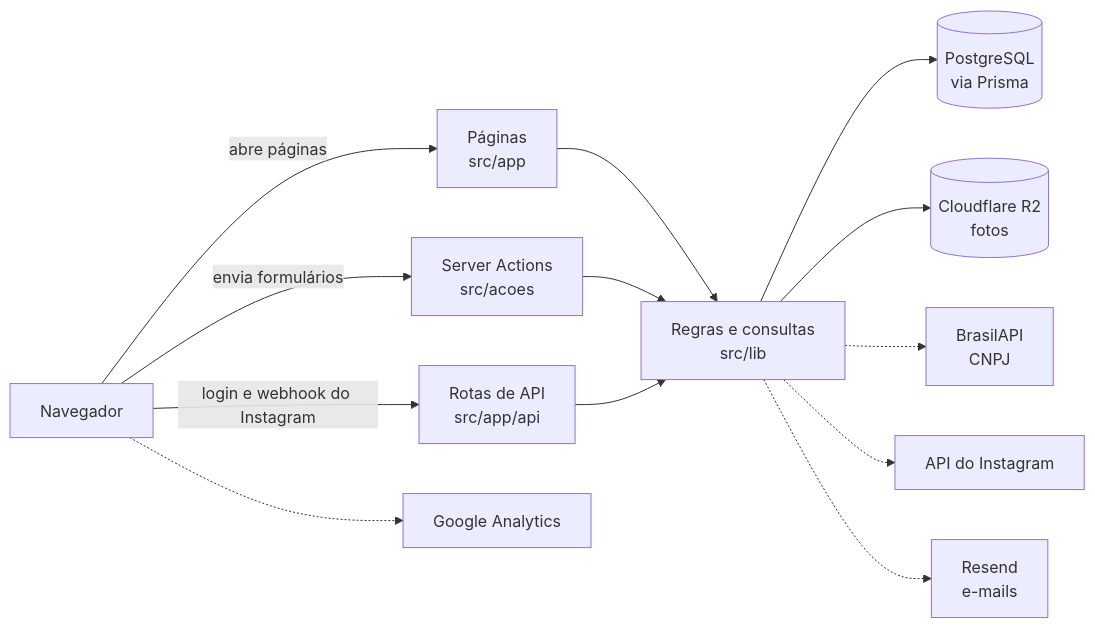
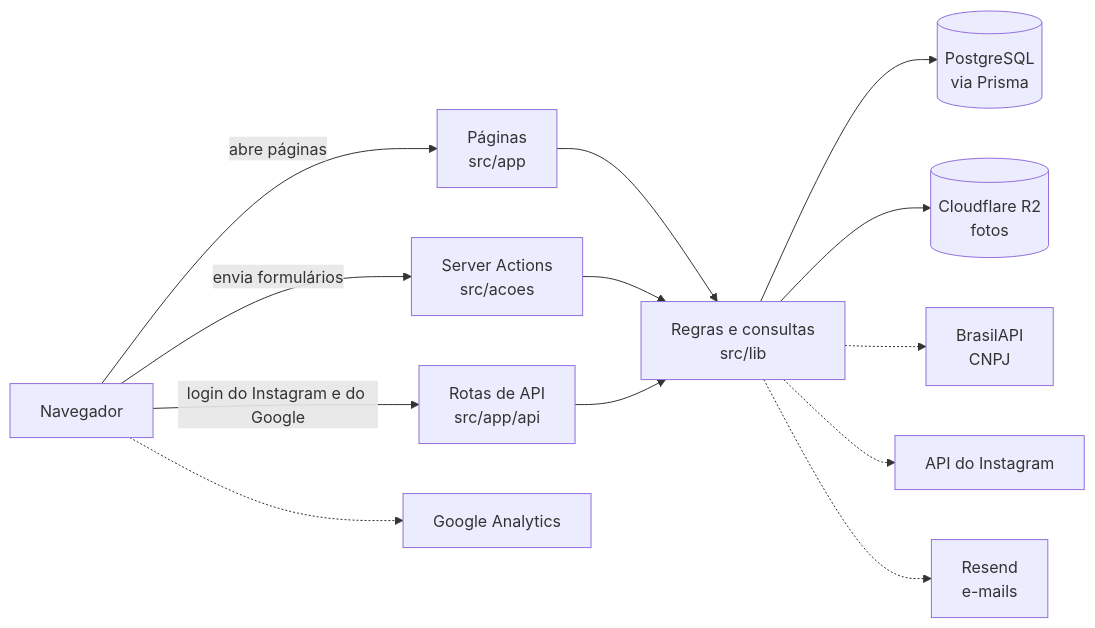
Before and after one commit to fabs-reis/Negocio-do-bem: the first of 2 diagrams in docs/como-foi-feito.md, drawn with Mermaid. The commit also changed other lines of this file and 18 other files, not shown here.

````diff
--- a/docs/como-foi-feito.md
+++ b/docs/como-foi-feito.md
@@ -453,15 +461,15 @@
 ```mermaid
 flowchart LR
     N[Navegador] -->|abre páginas| P[Páginas<br>src/app]
     N -->|envia formulários| A[Server Actions<br>src/acoes]
-    N -->|login e webhook do Instagram| R[Rotas de API<br>src/app/api]
+    N -->|login do Instagram e do Google| R[Rotas de API<br>src/app/api]
     P --> L[Regras e consultas<br>src/lib]
     A --> L
     R --> L
     L --> DB[(PostgreSQL<br>via Prisma)]
     L --> B[(Cloudflare R2<br>fotos)]
     L -.-> BR[BrasilAPI<br>CNPJ]
     L -.-> IG[API do Instagram]
     L -.-> RS[Resend<br>e-mails]
     N -.-> GA[Google Analytics]
 ```
````
